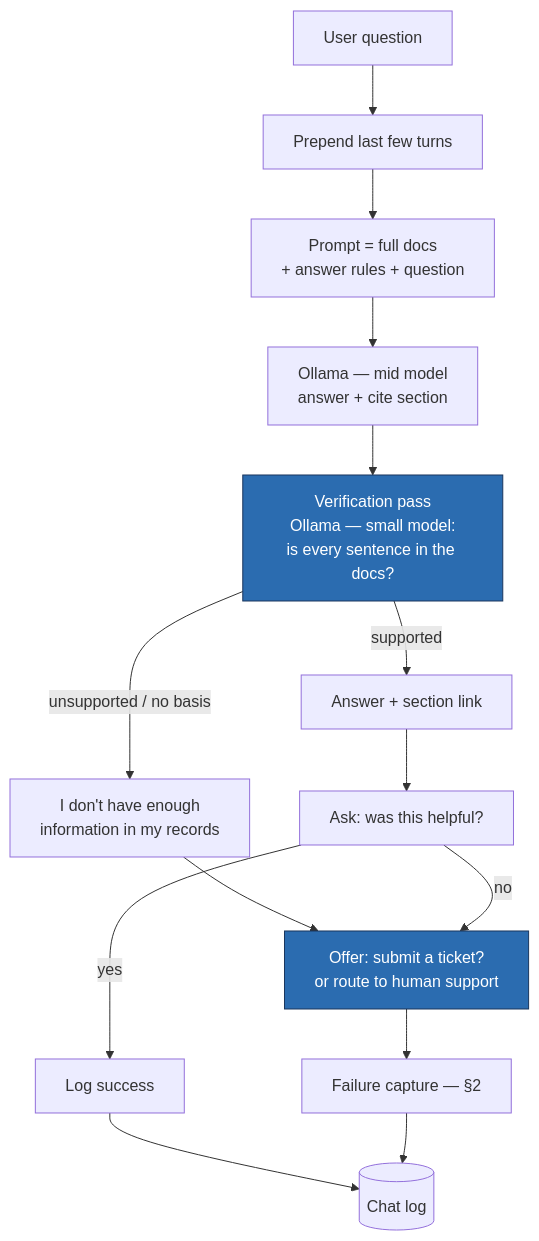
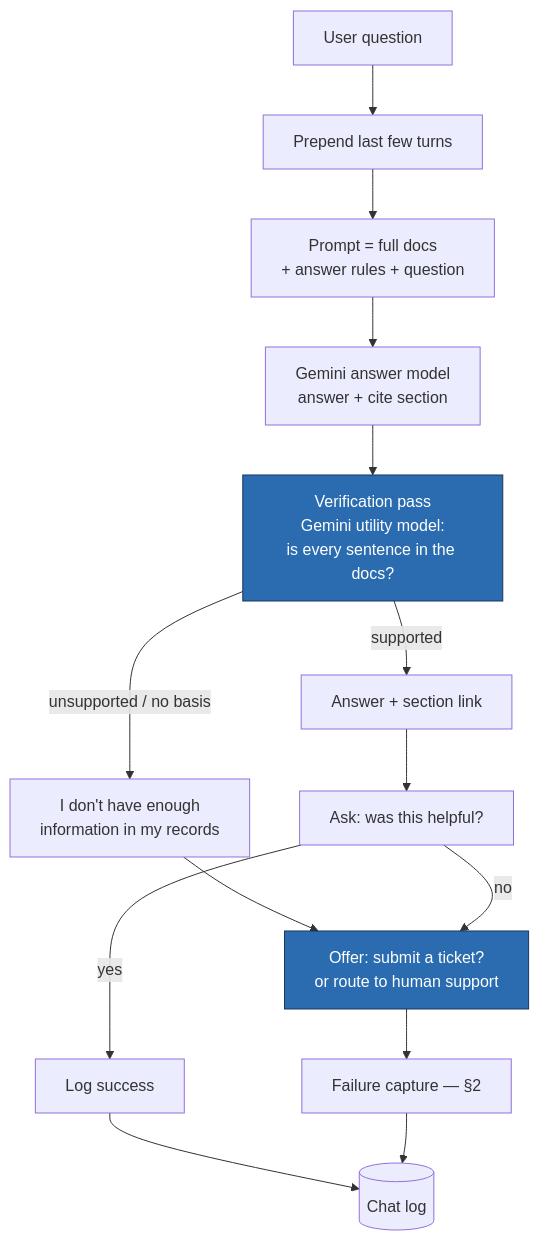
The third of 11 diagrams in SugboDoc-Chatbot-Flowchart.md (troymerales/sugbo-chatbot), drawn with Mermaid before and after one commit. The commit also changed other lines of this file and 48 other files, not shown here.

````diff
--- a/SugboDoc-Chatbot-Flowchart.md
+++ b/SugboDoc-Chatbot-Flowchart.md
@@ -67,19 +74,19 @@
 ```mermaid
 flowchart TD
     U[User question] --> H[Prepend last few turns]
     H --> P[Prompt = full docs<br/>+ answer rules + question]
-    P --> GEN[Ollama — mid model<br/>answer + cite section]
-    GEN --> VER[Verification pass<br/>Ollama — small model:<br/>is every sentence in the docs?]
+    P --> GEN[Gemini answer model<br/>answer + cite section]
+    GEN --> VER[Verification pass<br/>Gemini utility model:<br/>is every sentence in the docs?]
     VER -->|supported| ANS[Answer + section link]
     VER -->|unsupported / no basis| REFUSE["I don't have enough<br/>information in my records"]
     ANS --> FB[Ask: was this helpful?]
     REFUSE --> OFFER[Offer: submit a ticket?<br/>or route to human support]
     FB -->|no| OFFER
     FB -->|yes| DONE[Log success]
     OFFER --> CAP[Failure capture — §2]
     DONE --> LOG[(Chat log)]
     CAP --> LOG
 
     style VER fill:#2b6cb0,stroke:#1a365d,color:#fff
     style OFFER fill:#2b6cb0,stroke:#1a365d,color:#fff
 ```
````
